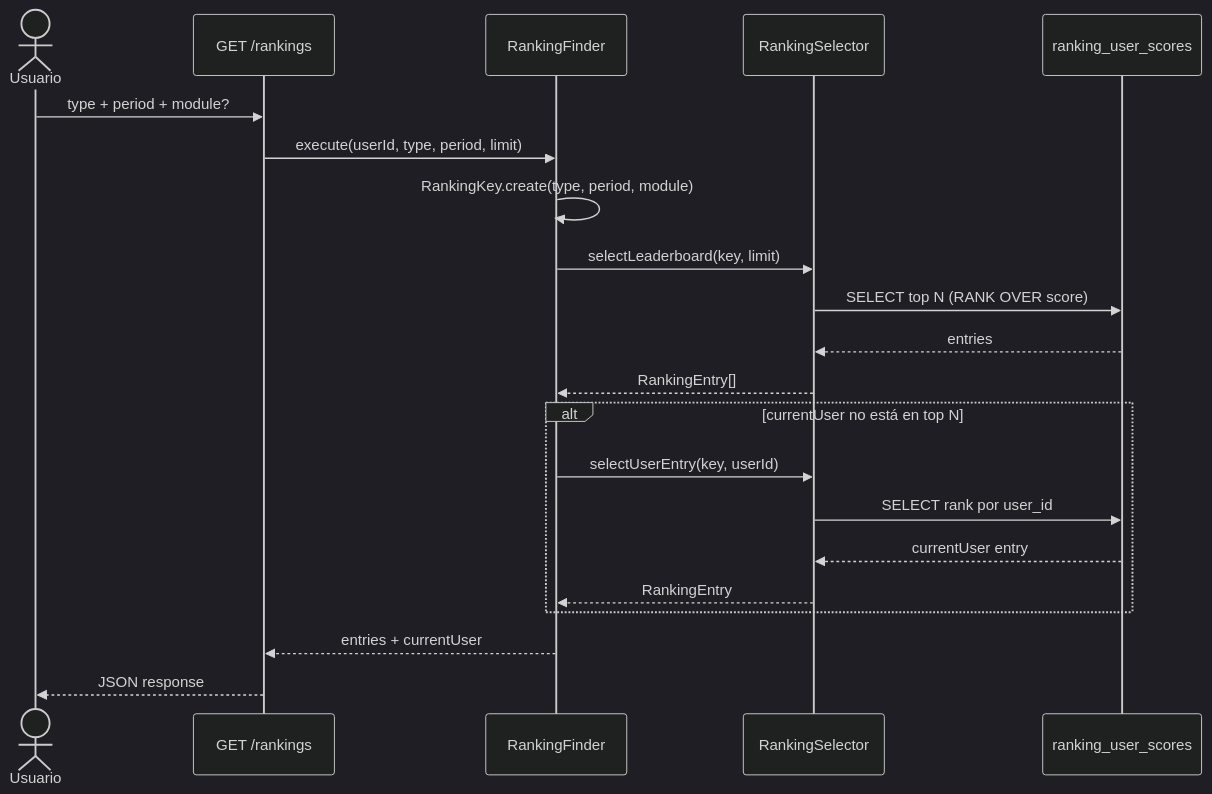
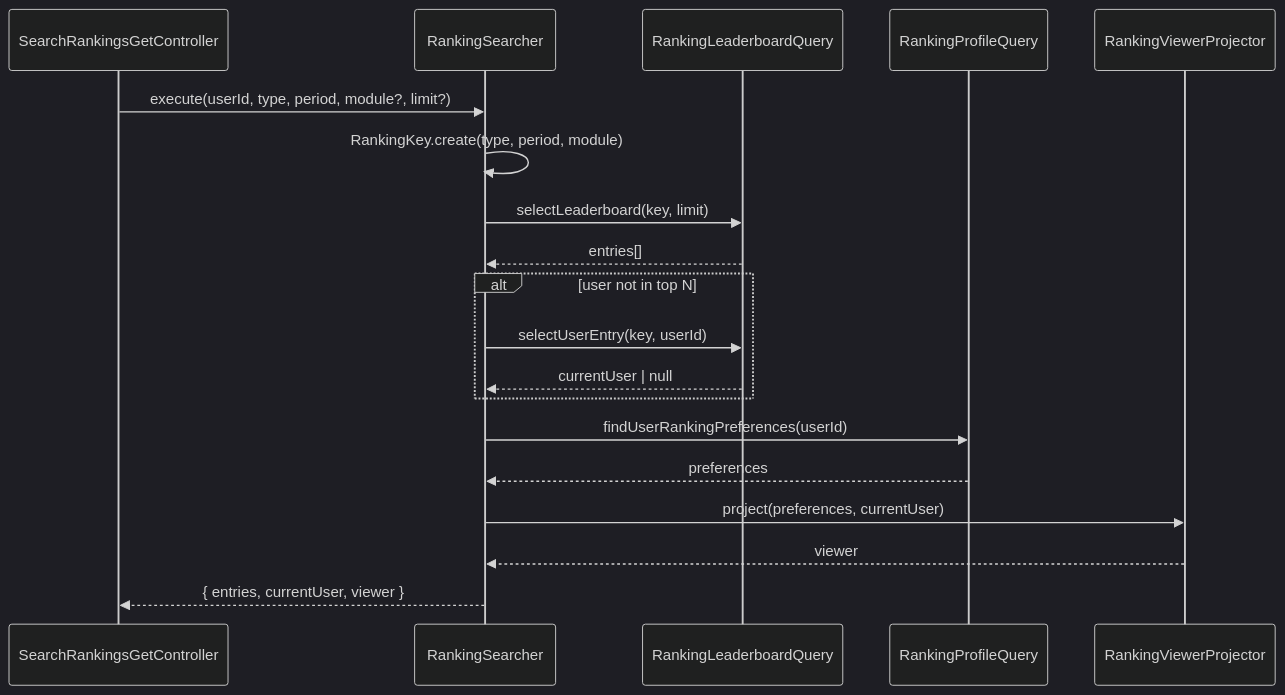
One commit to AbrahamVilchesDeLaCruz/ididntcatchthat changed the diagram in docs/apps/api/ranking/find/sequence.md. Above: the diagram before and after it, drawn with Mermaid (dark theme). The commit also changed other lines of this file and 7 other files, not shown here.

First line of the commit message:
docs(ranking): sync bc docs spec and rabbitmq profile handler

````diff
--- a/docs/apps/api/ranking/find/sequence.md
+++ b/docs/apps/api/ranking/find/sequence.md
@@ -3,24 +3,22 @@
 ```mermaid
 sequenceDiagram
-    actor U as Usuario
-    participant API as GET /rankings
-    participant Finder as RankingFinder
-    participant Sel as RankingSelector
-    participant DB as ranking_user_scores
+    participant C as SearchRankingsGetController
+    participant S as RankingSearcher
+    participant Q as RankingLeaderboardQuery
+    participant P as RankingProfileQuery
+    participant V as RankingViewerProjector
 
-    U->>API: type + period + module?
-    API->>Finder: execute(userId, type, period, limit)
-    Finder->>Finder: RankingKey.create(type, period, module)
-    Finder->>Sel: selectLeaderboard(key, limit)
-    Sel->>DB: SELECT top N (RANK OVER score)
-    DB-->>Sel: entries
-    Sel-->>Finder: RankingEntry[]
-    alt currentUser no está en top N
-        Finder->>Sel: selectUserEntry(key, userId)
-        Sel->>DB: SELECT rank por user_id
-        DB-->>Sel: currentUser entry
-        Sel-->>Finder: RankingEntry
+    C->>S: execute(userId, type, period, module?, limit?)
+    S->>S: RankingKey.create(type, period, module)
+    S->>Q: selectLeaderboard(key, limit)
+    Q-->>S: entries[]
+    alt user not in top N
+        S->>Q: selectUserEntry(key, userId)
+        Q-->>S: currentUser | null
     end
-    Finder-->>API: entries + currentUser
-    API-->>U: JSON response
+    S->>P: findUserRankingPreferences(userId)
+    P-->>S: preferences
+    S->>V: project(preferences, currentUser)
+    V-->>S: viewer
+    S-->>C: { entries, currentUser, viewer }
 ```
````
